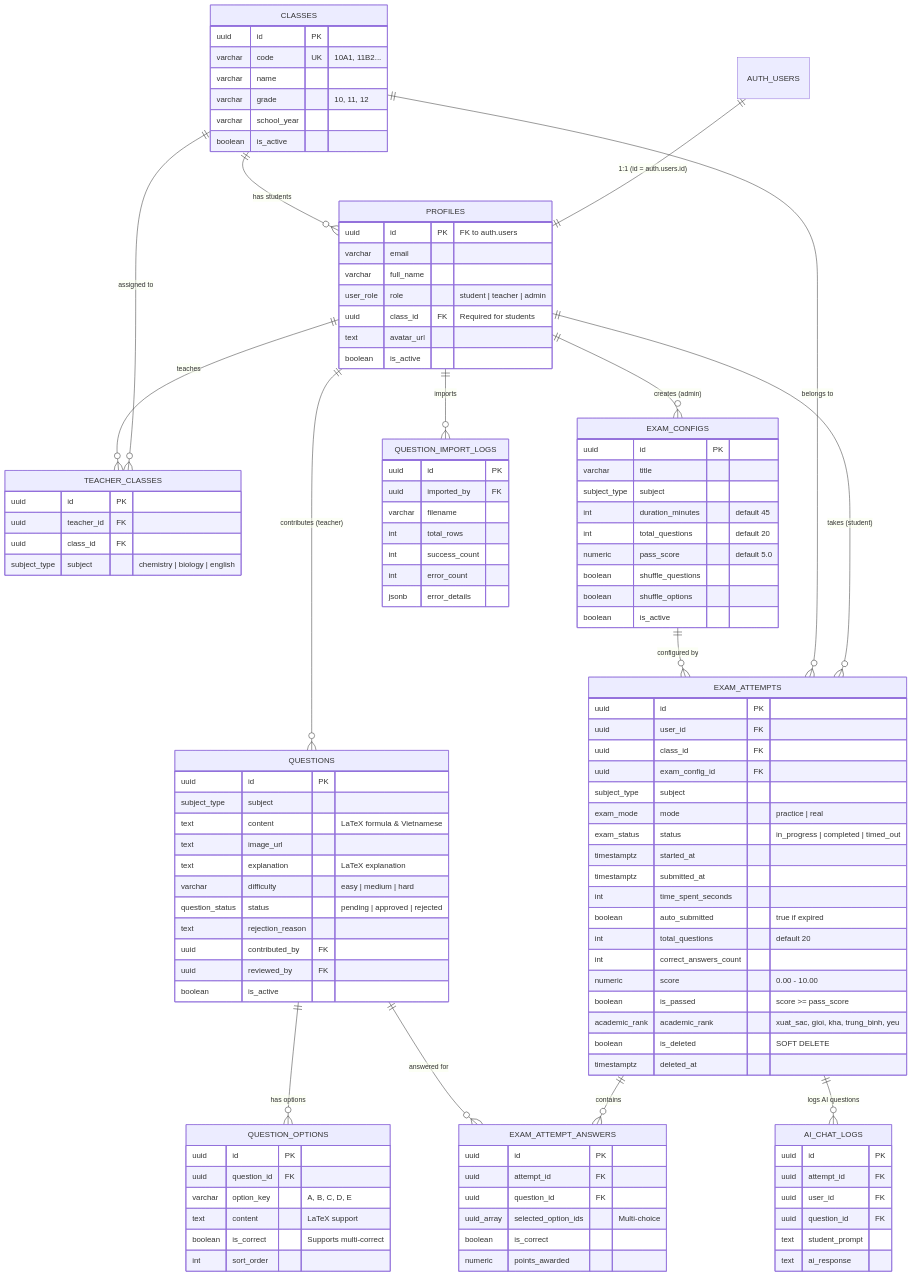
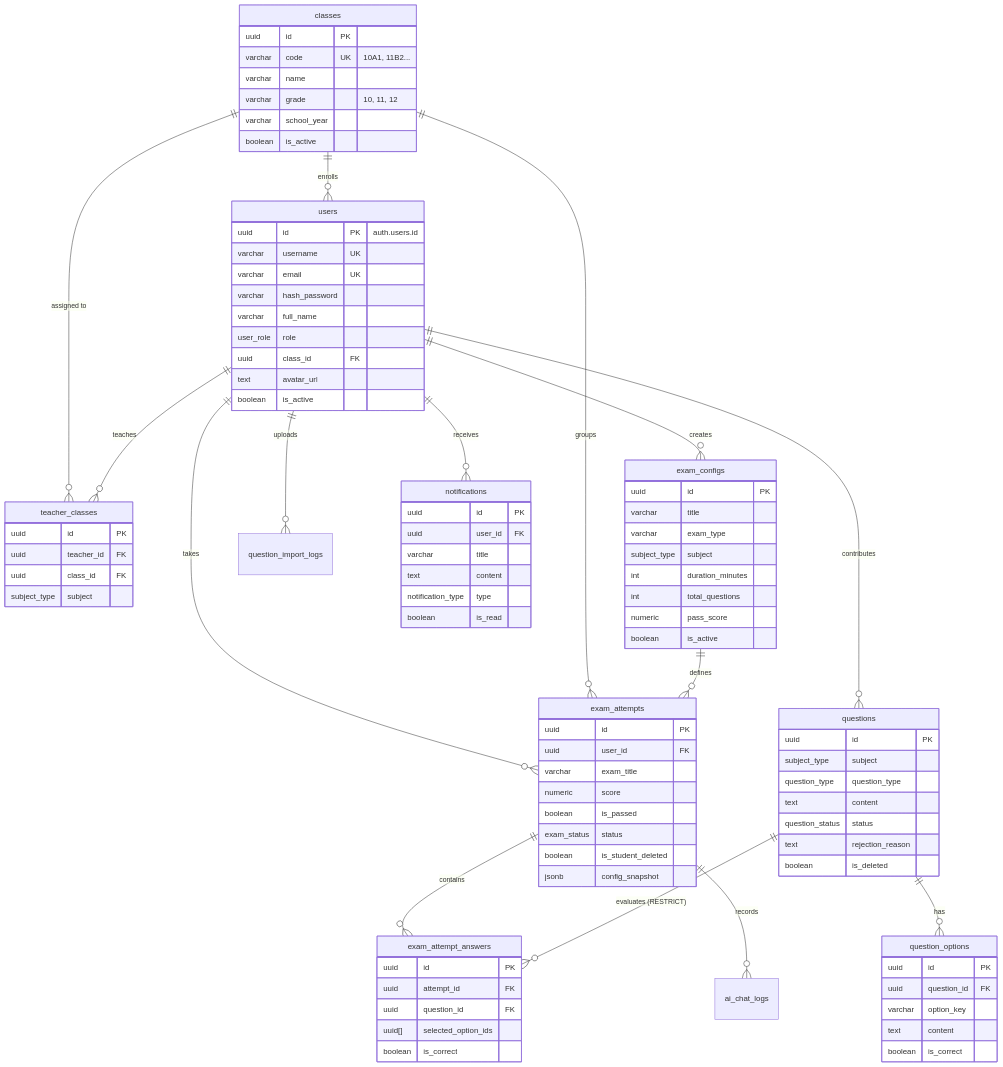
One commit to sunlight3d/VietIS changed the diagram in vibercodeDate21-09-2026/exam-app/supabase/DATABASE_DESIGN.md. Above: the diagram before and after it, drawn with Mermaid. The commit also changed other lines of this file and 15 other files, not shown here.

Commit message:
fix(security & flows): resolve 8 critical database flaws, anti-cheat, missing flows and permission models

````diff
--- a/vibercodeDate21-09-2026/exam-app/supabase/DATABASE_DESIGN.md
+++ b/vibercodeDate21-09-2026/exam-app/supabase/DATABASE_DESIGN.md
@@ -50,21 +51,33 @@
 ```mermaid
 erDiagram
-    AUTH_USERS ||--|| PROFILES : "1:1 (id = auth.users.id)"
-    CLASSES ||--o{ PROFILES : "has students"
-    CLASSES ||--o{ TEACHER_CLASSES : "assigned to"
-    PROFILES ||--o{ TEACHER_CLASSES : "teaches"
-    PROFILES ||--o{ EXAM_CONFIGS : "creates (admin)"
-    PROFILES ||--o{ QUESTIONS : "contributes (teacher)"
-    PROFILES ||--o{ EXAM_ATTEMPTS : "takes (student)"
-    CLASSES ||--o{ EXAM_ATTEMPTS : "belongs to"
-    EXAM_CONFIGS ||--o{ EXAM_ATTEMPTS : "configured by"
-    QUESTIONS ||--o{ QUESTION_OPTIONS : "has options"
-    EXAM_ATTEMPTS ||--o{ EXAM_ATTEMPT_ANSWERS : "contains"
-    QUESTIONS ||--o{ EXAM_ATTEMPT_ANSWERS : "answered for"
-    EXAM_ATTEMPTS ||--o{ AI_CHAT_LOGS : "logs AI questions"
-    PROFILES ||--o{ QUESTION_IMPORT_LOGS : "imports"
+    users ||--o{ exam_attempts : "takes"
+    classes ||--o{ users : "enrolls"
+    classes ||--o{ teacher_classes : "assigned to"
+    users ||--o{ teacher_classes : "teaches"
+    users ||--o{ exam_configs : "creates"
+    users ||--o{ questions : "contributes"
+    questions ||--o{ question_options : "has"
+    classes ||--o{ exam_attempts : "groups"
+    exam_configs ||--o{ exam_attempts : "defines"
+    exam_attempts ||--o{ exam_attempt_answers : "contains"
+    questions ||--o{ exam_attempt_answers : "evaluates (RESTRICT)"
+    exam_attempts ||--o{ ai_chat_logs : "records"
+    users ||--o{ question_import_logs : "uploads"
+    users ||--o{ notifications : "receives"
 
-    CLASSES {
+    users {
+        uuid id PK "auth.users.id"
+        varchar username UK
+        varchar email UK
+        varchar hash_password
+        varchar full_name
+        user_role role
+        uuid class_id FK
+        text avatar_url
+        boolean is_active
+    }
+
+    classes {
         uuid id PK
         varchar code UK "10A1, 11B2..."
         varchar name
@@ -73,104 +86,67 @@
         boolean is_active
     }
 
-    PROFILES {
-        uuid id PK "FK to auth.users"
-        varchar email
-        varchar full_name
-        user_role role "student | teacher | admin"
-        uuid class_id FK "Required for students"
-        text avatar_url
+    teacher_classes {
+        uuid id PK
+        uuid teacher_id FK
+        uuid class_id FK
+        subject_type subject
+    }
+
+    exam_configs {
+        uuid id PK
+        varchar title
+        varchar exam_type
+        subject_type subject
+        int duration_minutes
+        int total_questions
+        numeric pass_score
         boolean is_active
     }
 
-    TEACHER_CLASSES {
+    questions {
         uuid id PK
-        uuid teacher_id FK
-        uuid class_id FK
-        subject_type subject "chemistry | biology | english"
+        subject_type subject
+        question_type question_type
+        text content
+        question_status status
+        text rejection_reason
+        boolean is_deleted
     }
 
-    EXAM_CONFIGS {
+    question_options {
         uuid id PK
-        varchar title
-        subject_type subject
-        int duration_minutes "default 45"
-        int total_questions "default 20"
-        numeric pass_score "default 5.0"
-        boolean shuffle_questions
-        boolean shuffle_options
-        boolean is_active
+        uuid question_id FK
+        varchar option_key
+        text content
+        boolean is_correct
     }
 
-    QUESTIONS {
+    exam_attempts {
         uuid id PK
-        subject_type subject
-        text content "LaTeX formula & Vietnamese"
-        text image_url
-        text explanation "LaTeX explanation"
-        varchar difficulty "easy | medium | hard"
-        question_status status "pending | approved | rejected"
-        text rejection_reason
-        uuid contributed_by FK
-        uuid reviewed_by FK
-        boolean is_active
+        uuid user_id FK
+        varchar exam_title
+        numeric score
+        boolean is_passed
+        exam_status status
+        boolean is_student_deleted
+        jsonb config_snapshot
     }
 
-    QUESTION_OPTIONS {
-        uuid id PK
-        uuid question_id FK
-        varchar option_key "A, B, C, D, E"
-        text content "LaTeX support"
-        boolean is_correct "Supports multi-correct"
-        int sort_order
-    }
-
-    EXAM_ATTEMPTS {
-        uuid id PK
-        uuid user_id FK
-        uuid class_id FK
-        uuid exam_config_id FK
-        subject_type subject
-        exam_mode mode "practice | real"
-        exam_status status "in_progress | completed | timed_out"
-        timestamptz started_at
-        timestamptz submitted_at
-        int time_spent_seconds
-        boolean auto_submitted "true if expired"
-        int total_questions "default 20"
-        int correct_answers_count
-        numeric score "0.00 - 10.00"
-        boolean is_passed "score >= pass_score"
-        academic_rank academic_rank "xuat_sac, gioi, kha, trung_binh, yeu"
-        boolean is_deleted "SOFT DELETE"
-        timestamptz deleted_at
-    }
-
-    EXAM_ATTEMPT_ANSWERS {
+    exam_attempt_answers {
         uuid id PK
         uuid attempt_id FK
         uuid question_id FK
-        uuid_array selected_option_ids "Multi-choice"
+        uuid[] selected_option_ids
         boolean is_correct
-        numeric points_awarded
     }
 
-    AI_CHAT_LOGS {
+    notifications {
         uuid id PK
-        uuid attempt_id FK
         uuid user_id FK
-        uuid question_id FK
-        text student_prompt
-        text ai_response
-    }
-
-    QUESTION_IMPORT_LOGS {
-        uuid id PK
-        uuid imported_by FK
-        varchar filename
-        int total_rows
-        int success_count
-        int error_count
-        jsonb error_details
+        varchar title
+        text content
+        notification_type type
+        boolean is_read
     }
 ```
````
